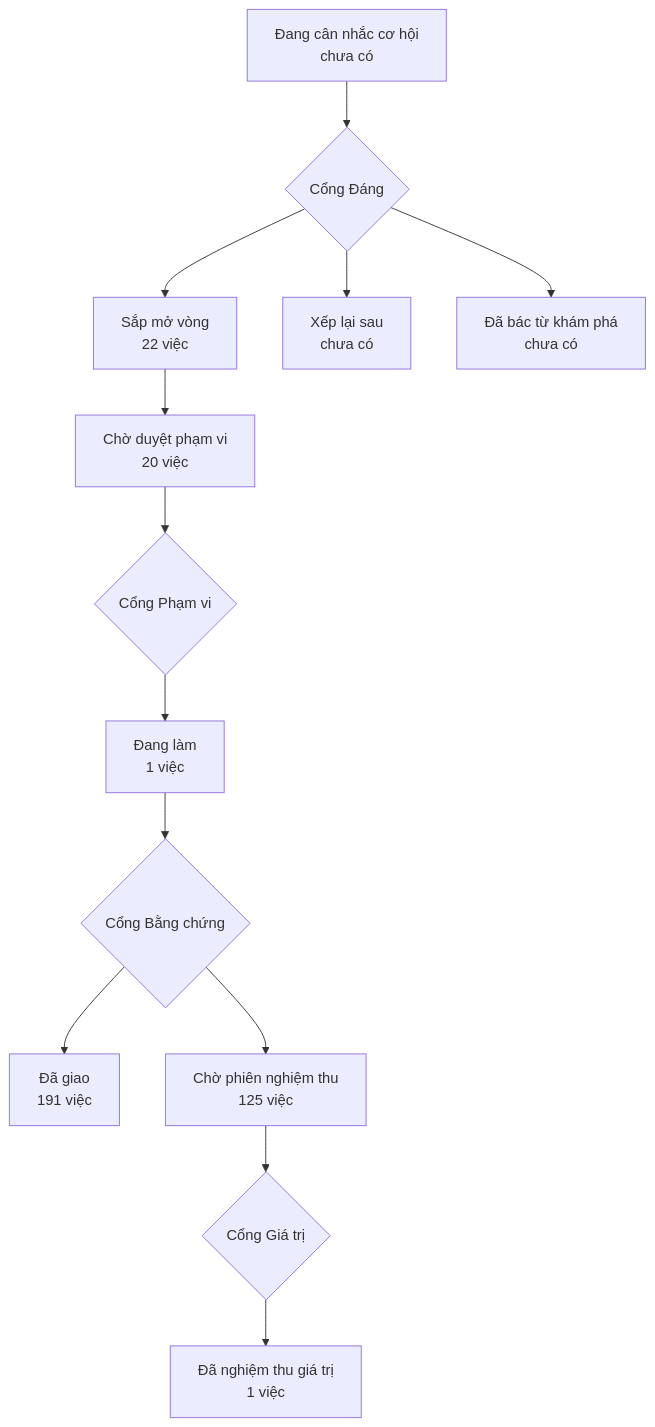
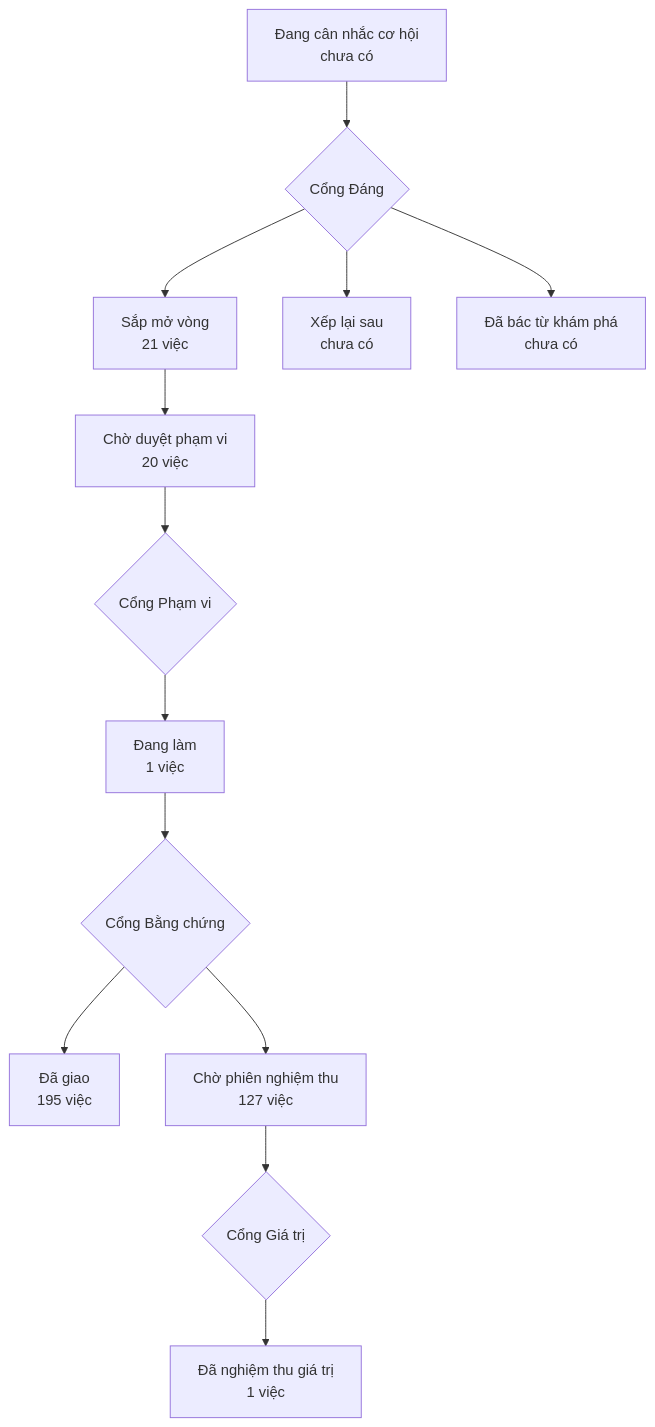
One commit to phanlemanh/onehub-invest changed the diagram in PRODUCT-MAP.md. Above: the diagram before and after it, drawn with Mermaid. The commit also changed other lines of this file and 1 other file, not shown here.

````diff
--- a/PRODUCT-MAP.md
+++ b/PRODUCT-MAP.md
@@ -7,12 +7,12 @@
 ```mermaid
 flowchart TD
   A["Đang cân nhắc cơ hội<br/>chưa có"] --> GD{"Cổng Đáng"}
-  GD --> B["Sắp mở vòng<br/>22 việc"]
+  GD --> B["Sắp mở vòng<br/>21 việc"]
   GD --> XL["Xếp lại sau<br/>chưa có"]
   GD --> DB["Đã bác từ khám phá<br/>chưa có"]
   B --> CD["Chờ duyệt phạm vi<br/>20 việc"] --> GP{"Cổng Phạm vi"}
   GP --> DL["Đang làm<br/>1 việc"] --> GB{"Cổng Bằng chứng"}
-  GB --> DG["Đã giao<br/>191 việc"]
-  GB --> CN["Chờ phiên nghiệm thu<br/>125 việc"] --> GG{"Cổng Giá trị"}
+  GB --> DG["Đã giao<br/>195 việc"]
+  GB --> CN["Chờ phiên nghiệm thu<br/>127 việc"] --> GG{"Cổng Giá trị"}
   GG --> NT["Đã nghiệm thu giá trị<br/>1 việc"]
 ```
````
